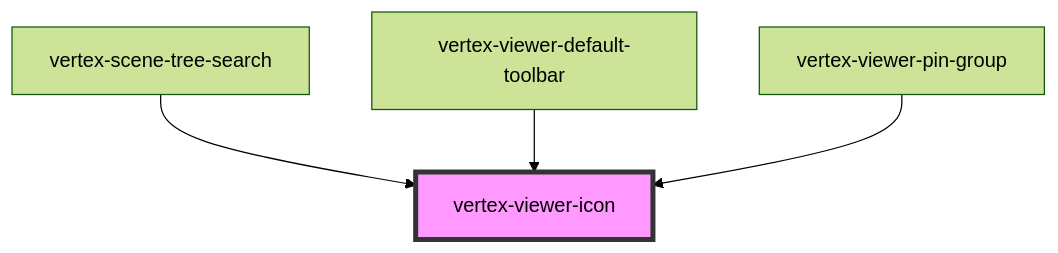
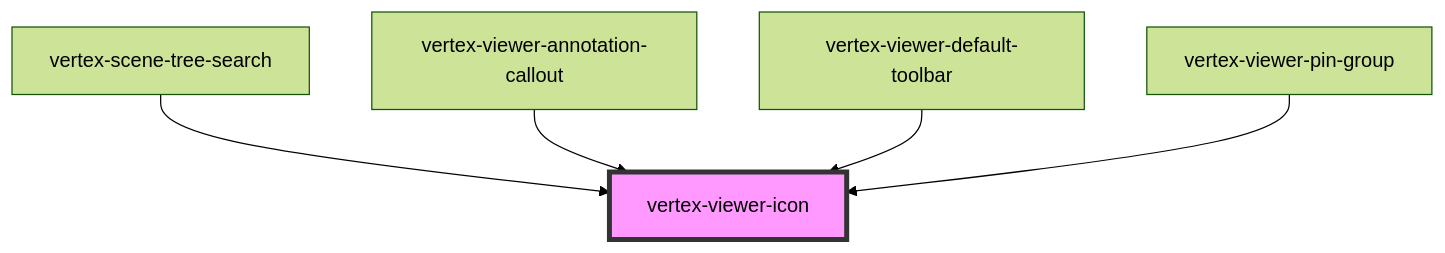
Before and after one commit to Vertexvis/vertex-web-sdk: the diagram in packages/viewer/src/components/viewer-icon/readme.md, drawn with Mermaid (forest theme). The commit also changed other lines of this file and 2 other files, not shown here.

````diff
--- a/packages/viewer/src/components/viewer-icon/readme.md
+++ b/packages/viewer/src/components/viewer-icon/readme.md
@@ -64,7 +65,8 @@
 ```mermaid
 graph TD;
   vertex-scene-tree-search --> vertex-viewer-icon
+  vertex-viewer-annotation-callout --> vertex-viewer-icon
   vertex-viewer-default-toolbar --> vertex-viewer-icon
   vertex-viewer-pin-group --> vertex-viewer-icon
   style vertex-viewer-icon fill:#f9f,stroke:#333,stroke-width:4px
 ```
````
